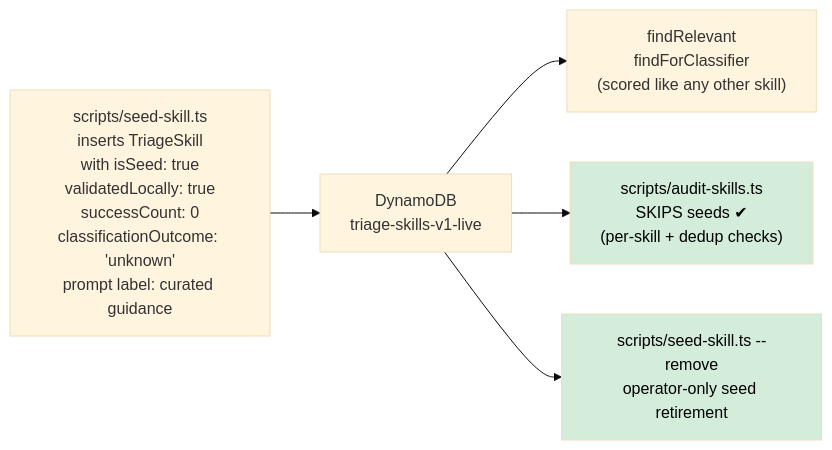
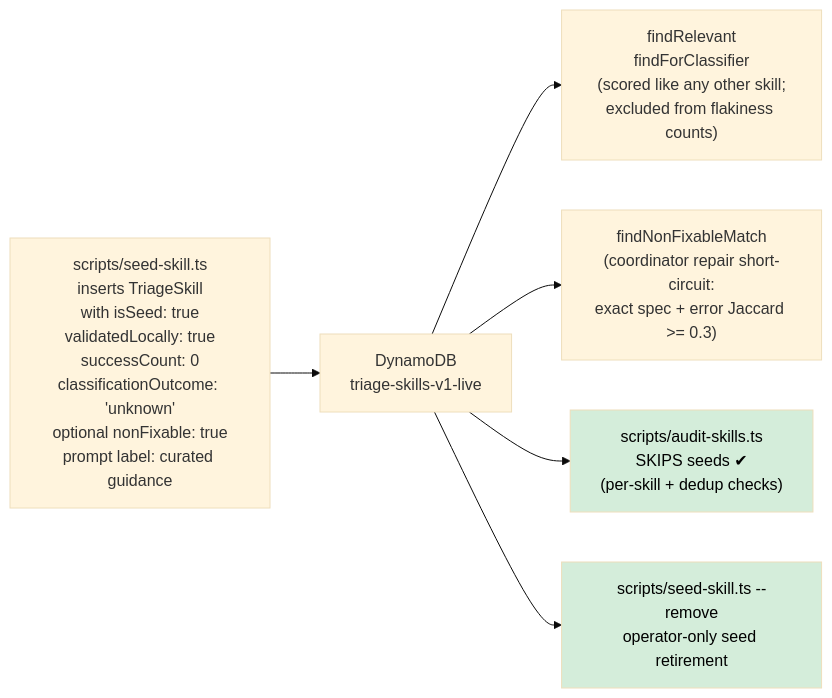
The eighth of 10 diagrams in docs/agent-workflow-flowchart.md (adept-at/adept-triage-agent), drawn with Mermaid (base theme) before and after one commit. The commit also changed other lines of this file and 23 other files, not shown here.

````diff
--- a/docs/agent-workflow-flowchart.md
+++ b/docs/agent-workflow-flowchart.md
@@ -292,13 +314,14 @@
 ```mermaid
 flowchart LR
-    SEED["scripts/seed-skill.ts<br/>inserts TriageSkill<br/>with isSeed: true<br/>validatedLocally: true<br/>successCount: 0<br/>classificationOutcome: 'unknown'<br/>prompt label: curated guidance"]
+    SEED["scripts/seed-skill.ts<br/>inserts TriageSkill<br/>with isSeed: true<br/>validatedLocally: true<br/>successCount: 0<br/>classificationOutcome: 'unknown'<br/>optional nonFixable: true<br/>prompt label: curated guidance"]
 
     SEED --> DYNAMO["DynamoDB<br/>triage-skills-v1-live"]
 
-    DYNAMO --> RETRIEVAL["findRelevant<br/>findForClassifier<br/>(scored like any other skill)"]
+    DYNAMO --> RETRIEVAL["findRelevant<br/>findForClassifier<br/>(scored like any other skill;<br/>excluded from flakiness counts)"]
+    DYNAMO --> NONFIX_GATE["findNonFixableMatch<br/>(coordinator repair short-circuit:<br/>exact spec + error Jaccard >= 0.3)"]
     DYNAMO --> AUDIT["scripts/audit-skills.ts<br/>SKIPS seeds ✔<br/>(per-skill + dedup checks)"]
     DYNAMO --> REMOVAL["scripts/seed-skill.ts --remove<br/>operator-only seed retirement"]
 
     style AUDIT fill:#d4edda,color:#000
     style REMOVAL fill:#d4edda,color:#000
 ```
````
